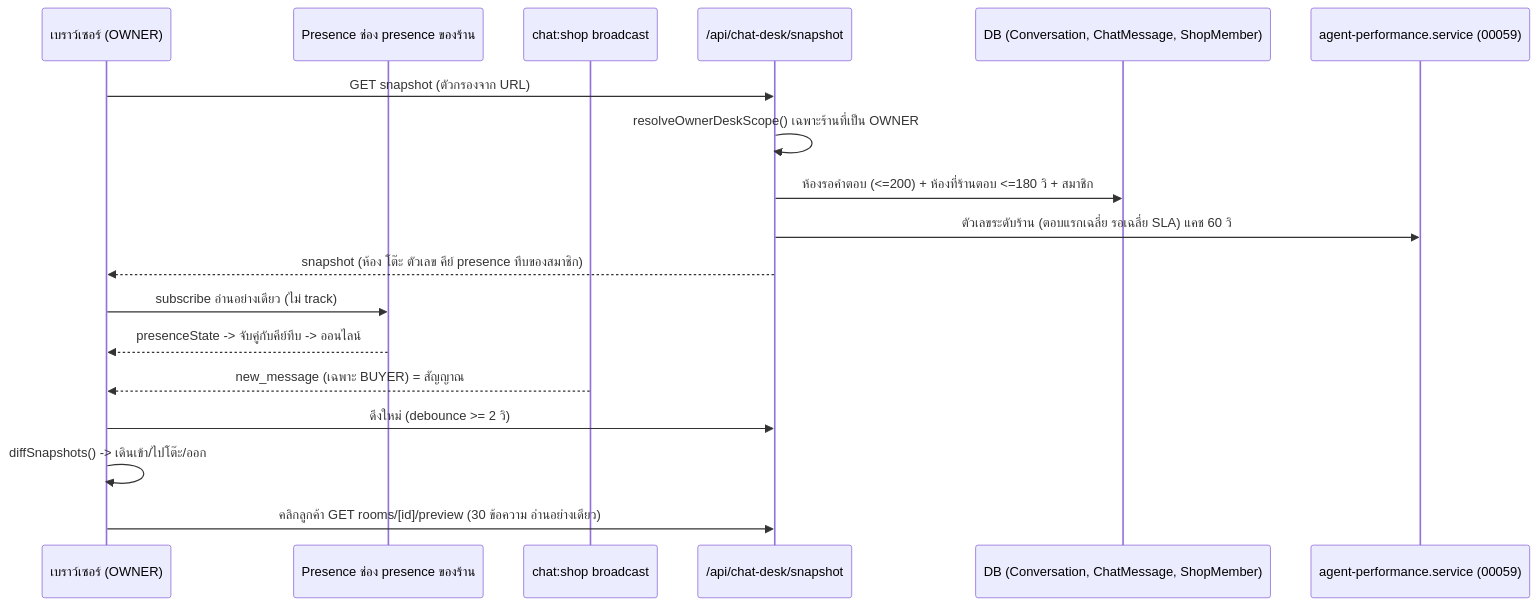
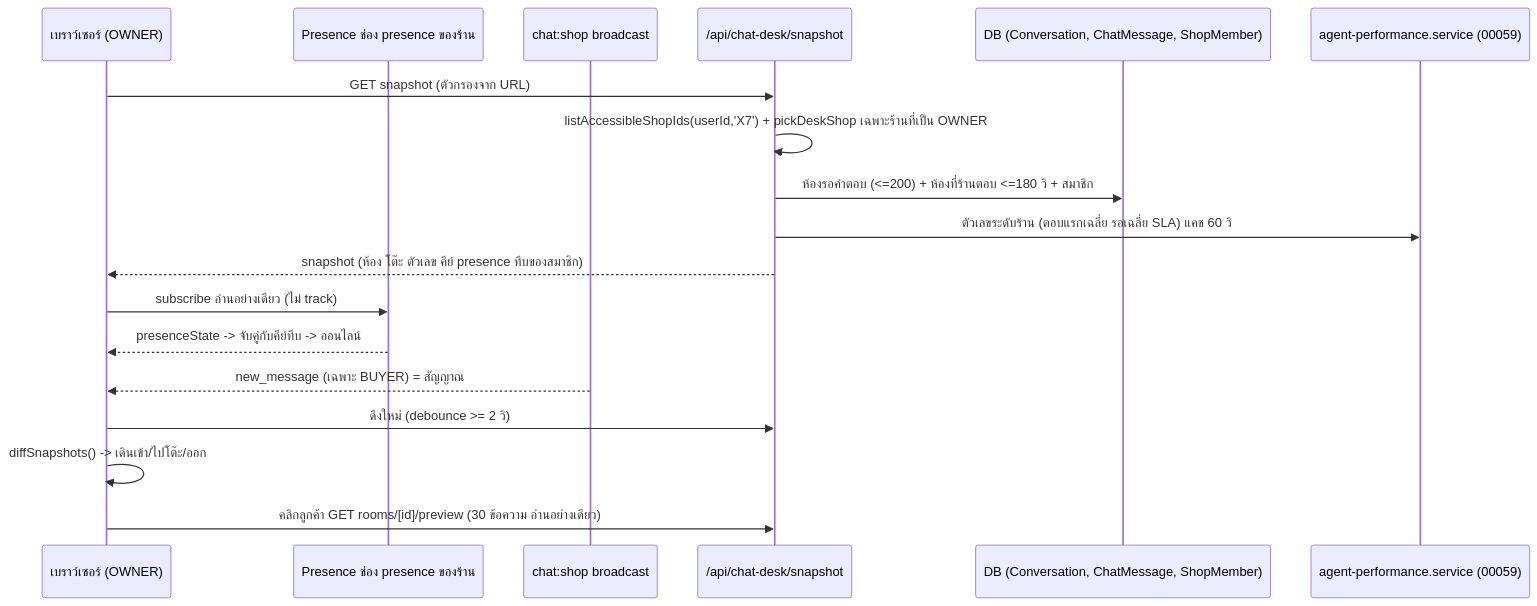
One commit to CodeCooLTH/deep-web changed the first of 2 diagrams in docs/20 - Features/00077 - Chat Desk/BRD.md. Above: the diagram before and after it, drawn with Mermaid. The commit also changed other lines of this file and 9 other files, not shown here.

````diff
--- a/docs/20 - Features/00077 - Chat Desk/BRD.md
+++ b/docs/20 - Features/00077 - Chat Desk/BRD.md
@@ -173,21 +173,21 @@
 ```mermaid
 sequenceDiagram
     participant B as เบราว์เซอร์ (OWNER)
     participant P as Presence ช่อง presence ของร้าน
     participant R as chat:shop broadcast
     participant S as /api/chat-desk/snapshot
     participant D as DB (Conversation, ChatMessage, ShopMember)
     participant M as agent-performance.service (00059)
 
     B->>S: GET snapshot (ตัวกรองจาก URL)
-    S->>S: resolveOwnerDeskScope() เฉพาะร้านที่เป็น OWNER
+    S->>S: listAccessibleShopIds(userId,'X7') + pickDeskShop เฉพาะร้านที่เป็น OWNER
     S->>D: ห้องรอคำตอบ (<=200) + ห้องที่ร้านตอบ <=180 วิ + สมาชิก
     S->>M: ตัวเลขระดับร้าน (ตอบแรกเฉลี่ย รอเฉลี่ย SLA) แคช 60 วิ
     S-->>B: snapshot (ห้อง โต๊ะ ตัวเลข คีย์ presence ทึบของสมาชิก)
     B->>P: subscribe อ่านอย่างเดียว (ไม่ track)
     P-->>B: presenceState -> จับคู่กับคีย์ทึบ -> ออนไลน์
     R-->>B: new_message (เฉพาะ BUYER) = สัญญาณ
     B->>S: ดึงใหม่ (debounce >= 2 วิ)
     B->>B: diffSnapshots() -> เดินเข้า/ไปโต๊ะ/ออก
     B->>S: คลิกลูกค้า GET rooms/[id]/preview (30 ข้อความ อ่านอย่างเดียว)
 ```
````
